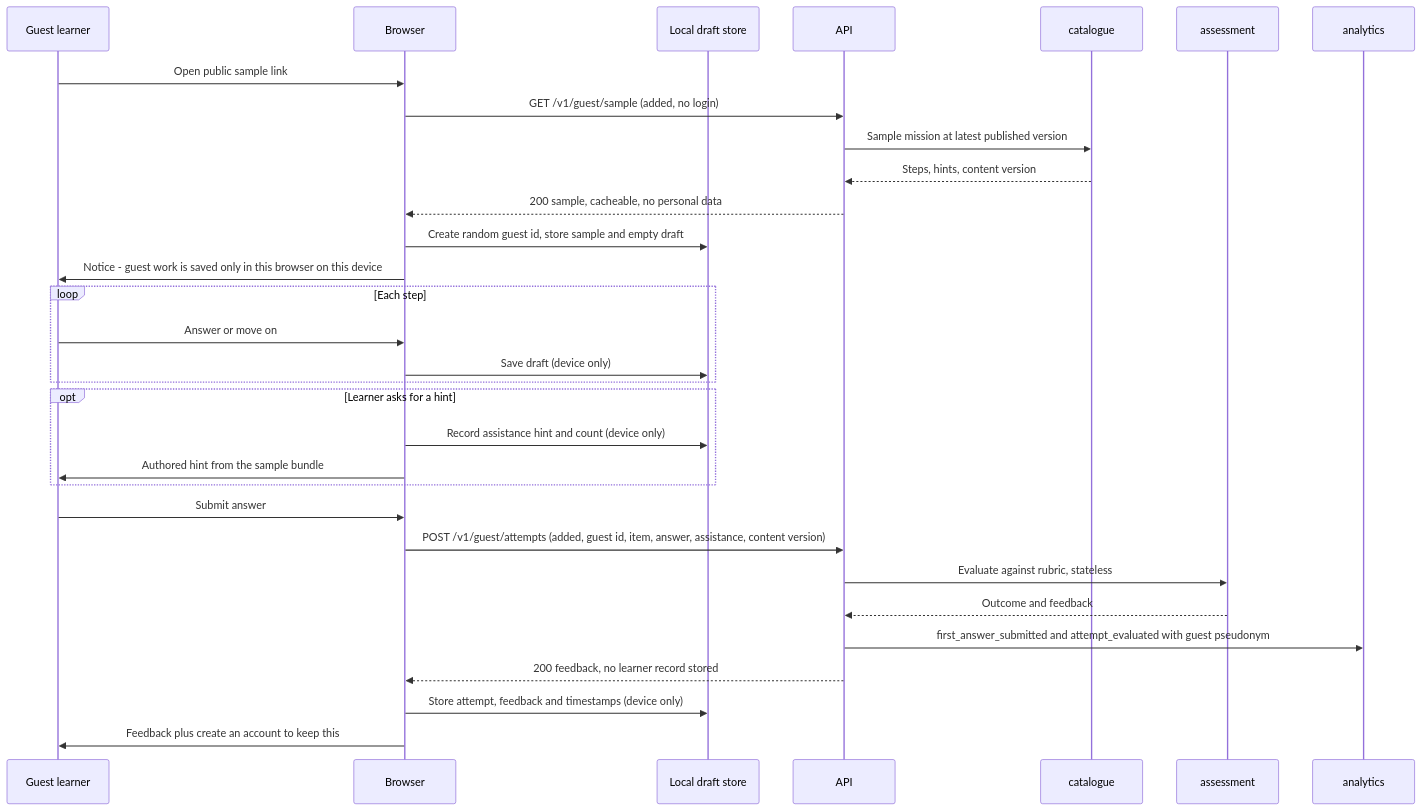
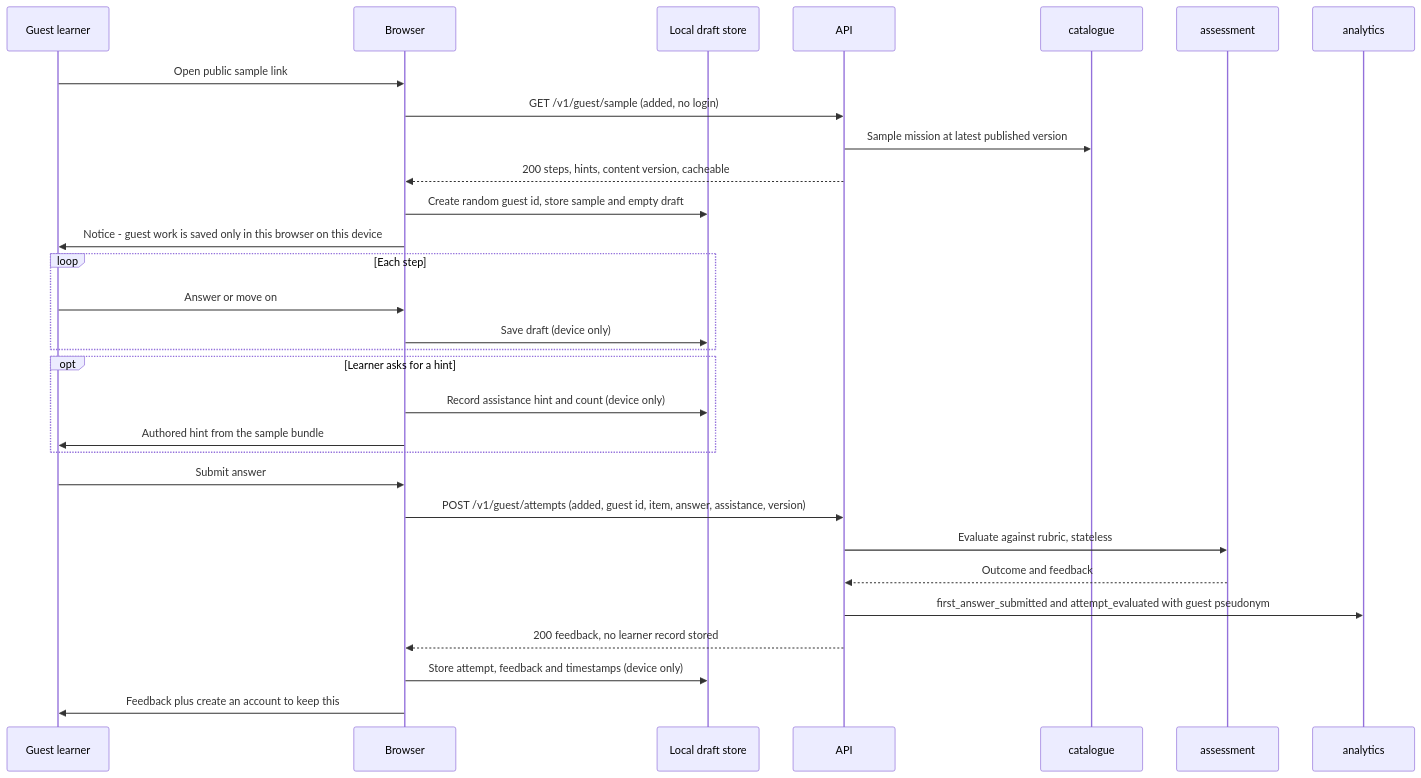
Before and after one commit to GhanshyamSoni68/app_idea: the second of 19 diagrams in devstep/docs/03-key-flows.md, drawn with Mermaid. The commit also changed other lines of this file and 5 other files, not shown here.

````diff
--- a/devstep/docs/03-key-flows.md
+++ b/devstep/docs/03-key-flows.md
@@ -144,33 +140,32 @@
 ```mermaid
 sequenceDiagram
     participant L as Guest learner
     participant B as Browser
     participant LS as Local draft store
     participant API
     participant CAT as catalogue
     participant ASM as assessment
     participant AN as analytics
     L->>B: Open public sample link
     B->>API: GET /v1/guest/sample (added, no login)
     API->>CAT: Sample mission at latest published version
-    CAT-->>API: Steps, hints, content version
-    API-->>B: 200 sample, cacheable, no personal data
+    API-->>B: 200 steps, hints, content version, cacheable
     B->>LS: Create random guest id, store sample and empty draft
     B->>L: Notice - guest work is saved only in this browser on this device
     loop Each step
         L->>B: Answer or move on
         B->>LS: Save draft (device only)
     end
     opt Learner asks for a hint
         B->>LS: Record assistance hint and count (device only)
         B->>L: Authored hint from the sample bundle
     end
     L->>B: Submit answer
-    B->>API: POST /v1/guest/attempts (added, guest id, item, answer, assistance, content version)
+    B->>API: POST /v1/guest/attempts (added, guest id, item, answer, assistance, version)
     API->>ASM: Evaluate against rubric, stateless
     ASM-->>API: Outcome and feedback
     API->>AN: first_answer_submitted and attempt_evaluated with guest pseudonym
     API-->>B: 200 feedback, no learner record stored
     B->>LS: Store attempt, feedback and timestamps (device only)
     B->>L: Feedback plus create an account to keep this
 ```
````
